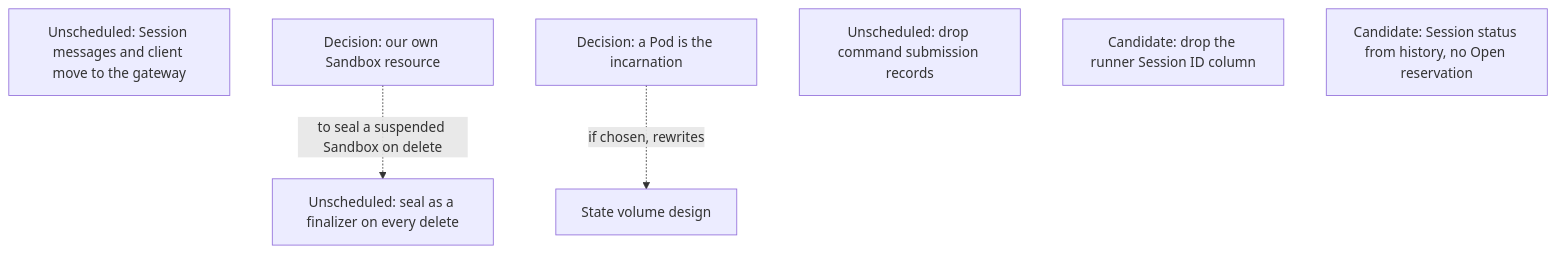
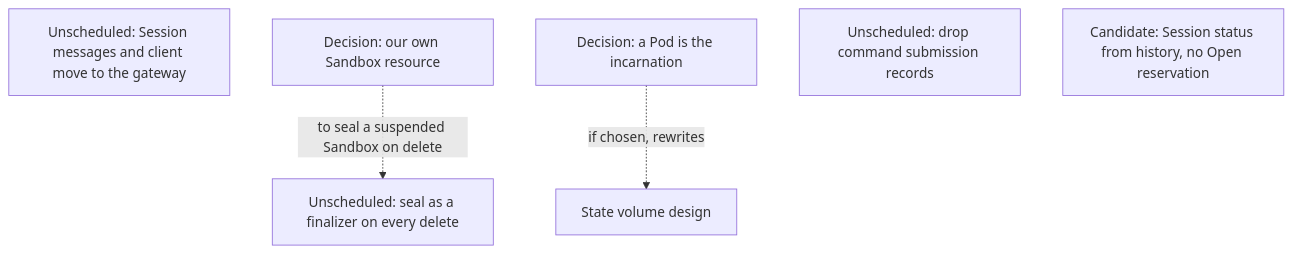
Before and after one commit to agentydragon/ducktape: diagram 12 of 13 in agentplane/plans/task_dag.md, drawn with Mermaid. The commit also changed other lines of this file and 5 other files, not shown here.

First line of the commit message:
agentplane: drop the gateway's runner Session ID column

````diff
--- a/agentplane/plans/task_dag.md
+++ b/agentplane/plans/task_dag.md
@@ -865,12 +865,11 @@
 ```mermaid
 flowchart TD
     GATEWAY_CLIENT_SPLIT[Unscheduled: Session messages and client move to the gateway]
     AGENTPLANE_SANDBOX_RESOURCE[Decision: our own Sandbox resource]
     POD_INCARNATION[Decision: a Pod is the incarnation]
     SEAL_FINALIZER[Unscheduled: seal as a finalizer on every delete]
     COMMAND_RECORDS_RETIRE[Unscheduled: drop command submission records]
-    SESSION_ID_MINT_RETIRE[Candidate: drop the runner Session ID column]
     LOOKUP_SESSION_RETIRE[Candidate: Session status from history, no Open reservation]
     AGENTPLANE_SANDBOX_RESOURCE -. to seal a suspended Sandbox on delete .-> SEAL_FINALIZER
     POD_INCARNATION -. if chosen, rewrites .-> SESSION_STATE_VOLUME_DESIGN[State volume design]
 ```
````
